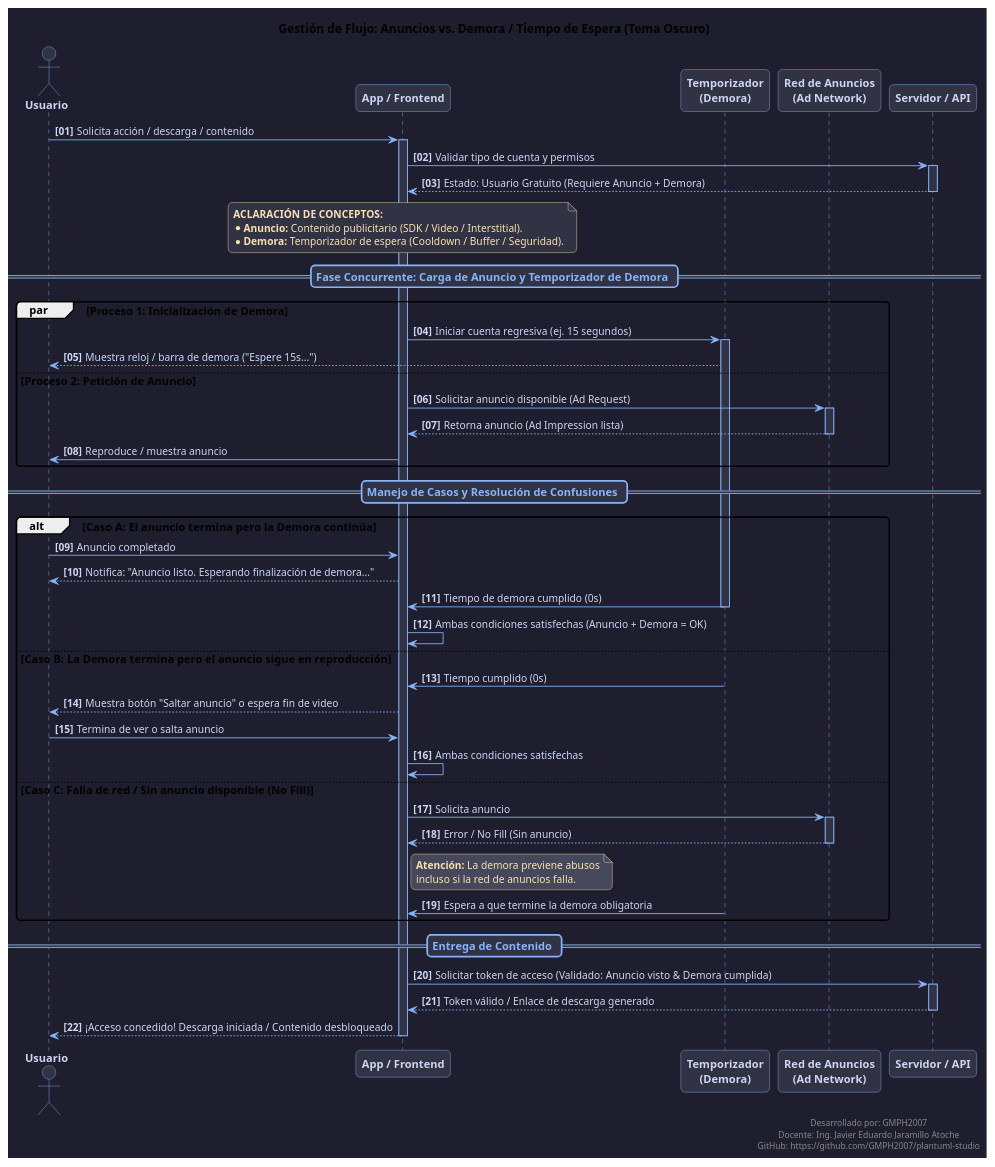
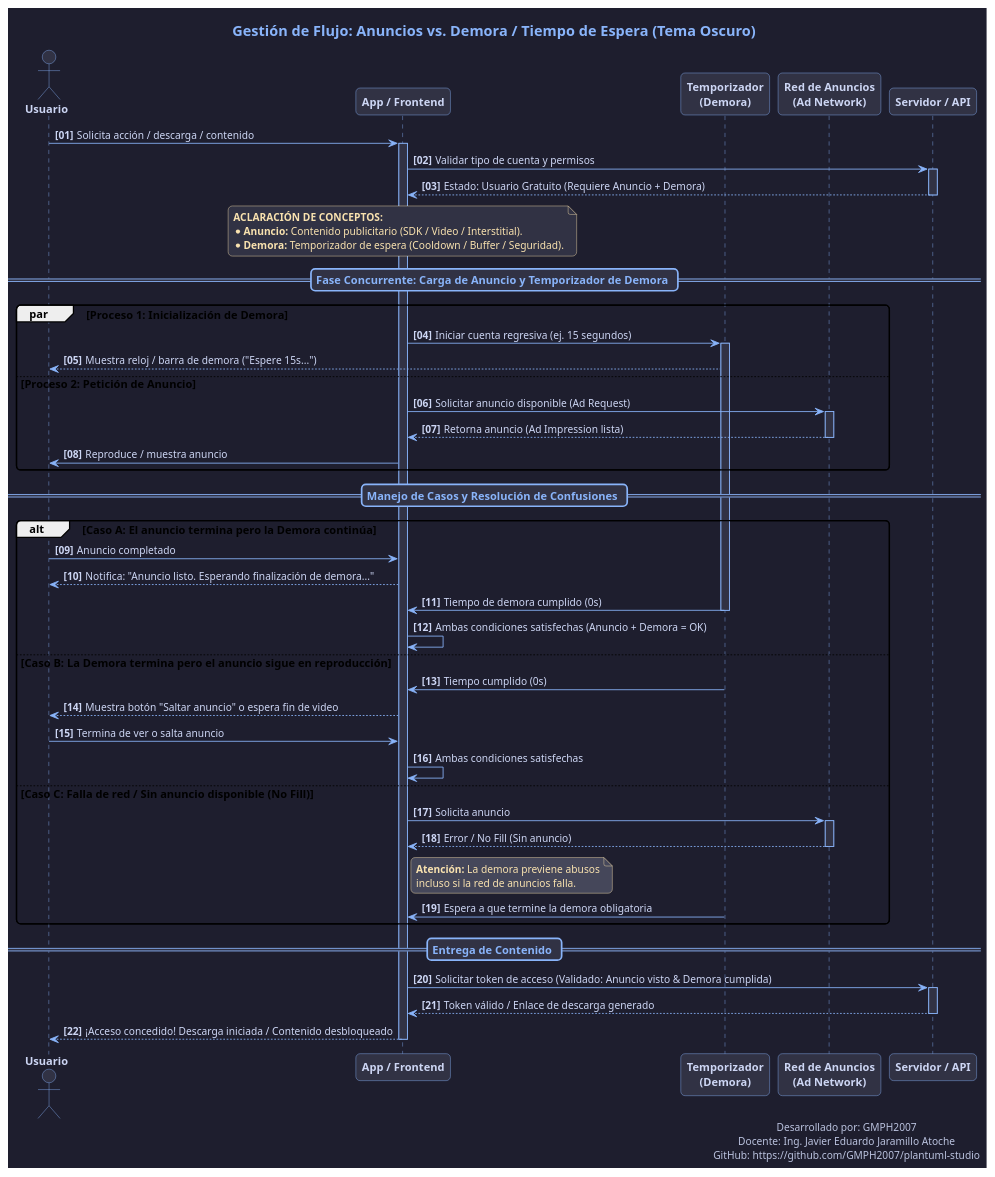
Before and after one commit to GMPH2007/plantuml-studio: the diagram in diagrama_oscuro.puml, drawn with PlantUML.

Commit message:
feat(puml): optimizar skinparams y título en diagrama oscuro

```diff
--- a/diagrama_oscuro.puml
+++ b/diagrama_oscuro.puml
@@ -1,118 +1,128 @@
 @startuml Flujo_Anuncios_y_Demora_Oscuro
 title Gestión de Flujo: Anuncios vs. Demora / Tiempo de Espera (Tema Oscuro)
 
 skinparam backgroundColor #1E1E2E
 skinparam shadowing false
 skinparam defaultFontName "Segoe UI", "Arial", sans-serif
 skinparam defaultFontSize 13
 skinparam roundcorner 10
+
+skinparam titleFontSize 17
+skinparam titleFontColor #89B4FA
+skinparam titleFontStyle bold
 
 skinparam ArrowColor #89B4FA
 skinparam ArrowFontColor #CDD6F4
 skinparam ArrowFontSize 12
 
 skinparam ActorBorderColor #89B4FA
 skinparam ActorBackgroundColor #313244
 skinparam ActorFontColor #CDD6F4
 skinparam ActorFontStyle bold
 
 skinparam ParticipantBorderColor #89B4FA
 skinparam ParticipantBackgroundColor #313244
 skinparam ParticipantFontColor #CDD6F4
 skinparam ParticipantFontStyle bold
 
 skinparam NoteBackgroundColor #313244
 skinparam NoteBorderColor #F9E2AF
 skinparam NoteFontColor #F9E2AF
 skinparam NoteFontSize 12
 
 skinparam GroupBackgroundColor #181825
 skinparam GroupBorderColor #585B70
 skinparam GroupHeaderFontColor #CBA6F7
 
 skinparam SequenceDividerBackgroundColor #313244
 skinparam SequenceDividerBorderColor #89B4FA
 skinparam SequenceDividerFontColor #89B4FA
 
 skinparam SequenceLifeLineBorderColor #89B4FA
 skinparam SequenceLifeLineBackgroundColor #313244
+
+skinparam footerFontColor #BAC2DE
+skinparam footerFontSize 12
 
 actor "Usuario" as User
 participant "App / Frontend" as App
 participant "Temporizador\n(Demora)" as Timer
 participant "Red de Anuncios\n(Ad Network)" as AdNet
 participant "Servidor / API" as Server
 
 autonumber "<b>[00]</b>"
 
 User -> App: Solicita acción / descarga / contenido
 activate App
 
 App -> Server: Validar tipo de cuenta y permisos
 activate Server
 Server --> App: Estado: Usuario Gratuito (Requiere Anuncio + Demora)
 deactivate Server
 
 note over App #313244
   <b>ACLARACIÓN DE CONCEPTOS:</b>
   * <b>Anuncio:</b> Contenido publicitario (SDK / Video / Interstitial).
   * <b>Demora:</b> Temporizador de espera (Cooldown / Buffer / Seguridad).
 end note
 
 == Fase Concurrente: Carga de Anuncio y Temporizador de Demora ==
 
 par Proceso 1: Inicialización de Demora
     App -> Timer: Iniciar cuenta regresiva (ej. 15 segundos)
     activate Timer
     Timer --> User: Muestra reloj / barra de demora ("Espere 15s...")
 else Proceso 2: Petición de Anuncio
     App -> AdNet: Solicitar anuncio disponible (Ad Request)
     activate AdNet
     AdNet --> App: Retorna anuncio (Ad Impression lista)
     deactivate AdNet
     App -> User: Reproduce / muestra anuncio
 end
 
 == Manejo de Casos y Resolución de Confusiones ==
 
 alt Caso A: El anuncio termina pero la Demora continúa
     User -> App: Anuncio completado
     App --> User: Notifica: "Anuncio listo. Esperando finalización de demora..."
     Timer -> App: Tiempo de demora cumplido (0s)
     deactivate Timer
     App -> App: Ambas condiciones satisfechas (Anuncio + Demora = OK)
 
 else Caso B: La Demora termina pero el anuncio sigue en reproducción
     Timer -> App: Tiempo cumplido (0s)
     deactivate Timer
     App --> User: Muestra botón "Saltar anuncio" o espera fin de video
     User -> App: Termina de ver o salta anuncio
     App -> App: Ambas condiciones satisfechas
 
 else Caso C: Falla de red / Sin anuncio disponible (No Fill)
     App -> AdNet: Solicita anuncio
     activate AdNet
     AdNet --> App: Error / No Fill (Sin anuncio)
     deactivate AdNet
     note right of App #45475A
       <b>Atención:</b> La demora previene abusos
       incluso si la red de anuncios falla.
     end note
     Timer -> App: Espera a que termine la demora obligatoria
     deactivate Timer
 end
 
 == Entrega de Contenido ==
 
 App -> Server: Solicitar token de acceso (Validado: Anuncio visto & Demora cumplida)
 activate Server
 Server --> App: Token válido / Enlace de descarga generado
 deactivate Server
 
 App --> User: ¡Acceso concedido! Descarga iniciada / Contenido desbloqueado
 deactivate App
 
-
-right footer Desarrollado por: GMPH2007\nDocente: Ing. Javier Eduardo Jaramillo Atoche\nGitHub: https://github.com/GMPH2007/plantuml-studio
+right footer
+Desarrollado por: GMPH2007
+Docente: Ing. Javier Eduardo Jaramillo Atoche
+GitHub: https://github.com/GMPH2007/plantuml-studio
+endfooter
 
 @enduml
```
